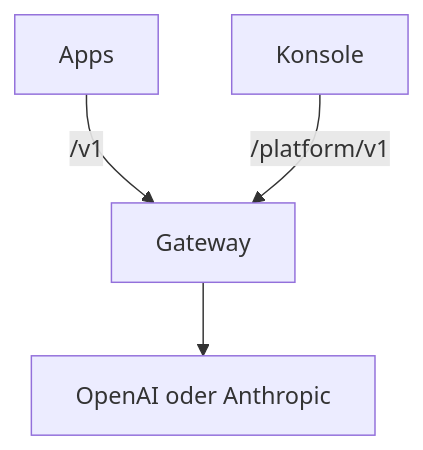
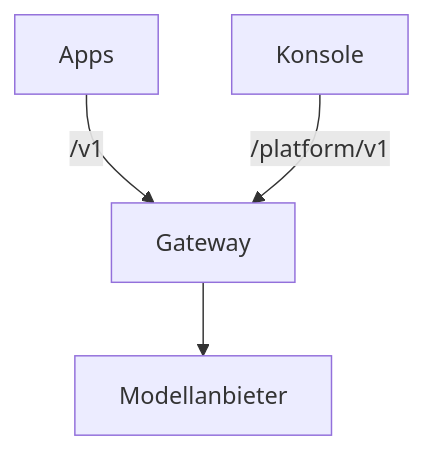
Before and after one commit to logicplanes/kaeso: the diagram in apps/docs/content/de/index.md, drawn with Mermaid. The commit also changed other lines of this file and 119 other files, not shown here.

````diff
--- a/apps/docs/content/de/index.md
+++ b/apps/docs/content/de/index.md
@@ -49,8 +49,8 @@
 ```mermaid
 flowchart TD
   accTitle: Wie die Teile zusammenspielen
-  accDescr: Apps rufen das Gateway unter /v1 auf, die Konsole unter /platform/v1; das Gateway ruft OpenAI oder Anthropic auf.
+  accDescr: Apps rufen das Gateway unter /v1 auf, die Konsole unter /platform/v1; das Gateway ruft die Modellanbieter auf.
   apps[Apps] -- /v1 --> gateway[Gateway]
   console[Konsole] -- /platform/v1 --> gateway
-  gateway --> providers[OpenAI oder Anthropic]
+  gateway --> providers[Modellanbieter]
 ```
````
